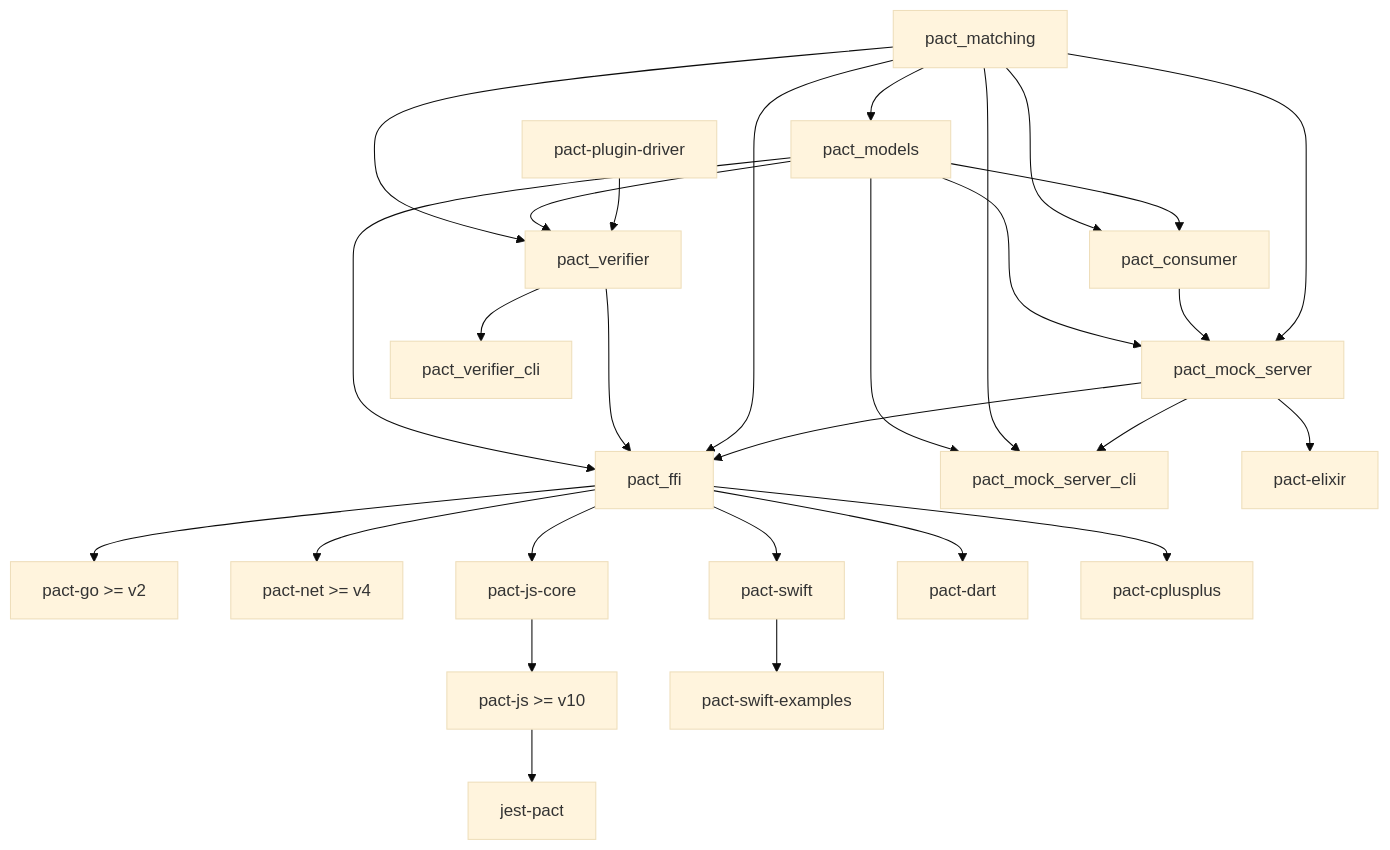
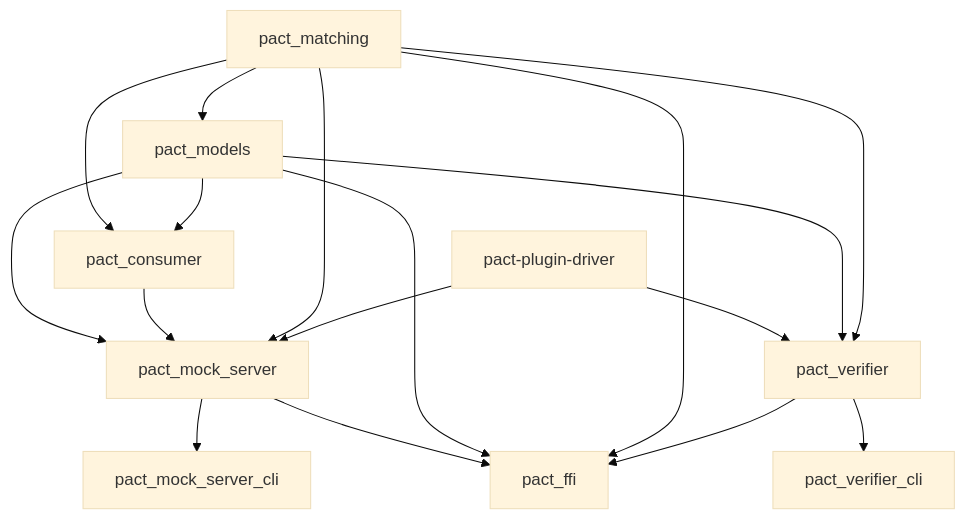
Before and after one commit to pact-foundation/docs.pact.io: the first of 6 diagrams in website/docs/diagrams/ecosystem.md, drawn with Mermaid (base theme). The commit also changed other lines of this file, not shown here.

Commit message:
docs: update rust/ruby ecosystem docs (#400)

````diff
--- a/website/docs/diagrams/ecosystem.md
+++ b/website/docs/diagrams/ecosystem.md
@@ -118,35 +43,22 @@
 ```mermaid
 graph TD;
-    pact-js-rust["pact-js >= v10"];
-    pact-go-rust["pact-go >= v2"];
-    pact-net-rust["pact-net >= v4"];
-
-    pact_models-->pact_ffi;
-    pact_verifier-->pact_ffi;
-    pact_matching-->pact_ffi;
-    pact_mock_server-->pact_ffi;
 
 
     pact_matching-->pact_models;
+    pact_matching-->pact_consumer;
+    pact_models-->pact_consumer;
     pact_models-->pact_mock_server;
     pact_consumer-->pact_mock_server;
-    pact_models-->pact_mock_server_cli;
-    pact_matching-->pact_mock_server_cli;
-    pact_matching-->pact_mock_server-->pact_mock_server_cli;
-    pact_mock_server-->pact-elixir;
+    pact_matching-->pact_mock_server;
+    pact_mock_server-->pact_mock_server_cli;
+    pact_mock_server-->pact_ffi;
+    pact_models-->pact_ffi;
+    pact_matching-->pact_ffi;
+    pact_verifier-->pact_ffi;
+    pact-plugin-driver-->pact_verifier;
+    pact-plugin-driver-->pact_mock_server;
+    pact_models-->pact_verifier;
     pact_matching-->pact_verifier;
-    pact_models-->pact_verifier-->pact_verifier_cli;
-    pact_matching-->pact_consumer;
-    pact_models-->pact_consumer;
-    pact-plugin-driver-->pact_verifier;
-
-    pact_ffi-->pact-js-core-->pact-js-rust;
-    pact-js-rust-->jest-pact;
-    pact_ffi-->pact-net-rust;
-    pact_ffi-->pact-go-rust;
-    pact_ffi-->pact-swift-->pact-swift-examples;
-    pact_ffi-->pact-dart;
-    pact_ffi-->pact-cplusplus;
-
+    pact_verifier-->pact_verifier_cli;
 
 ```
````
